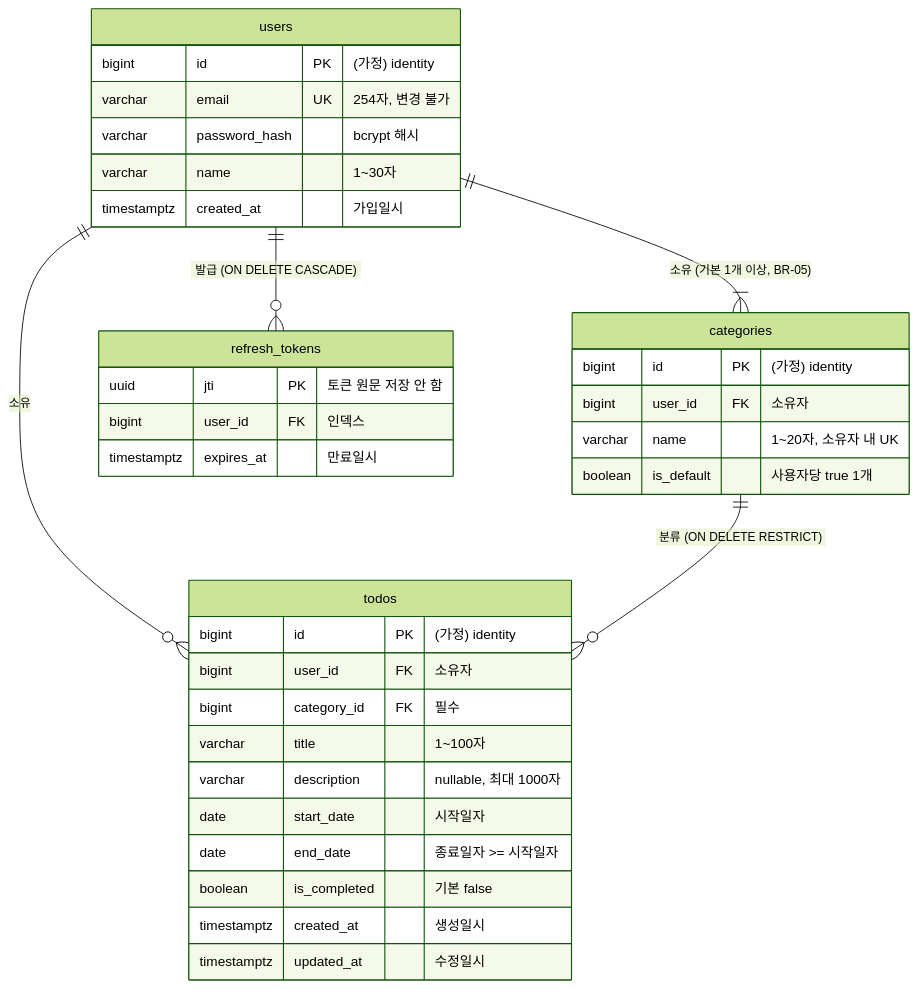
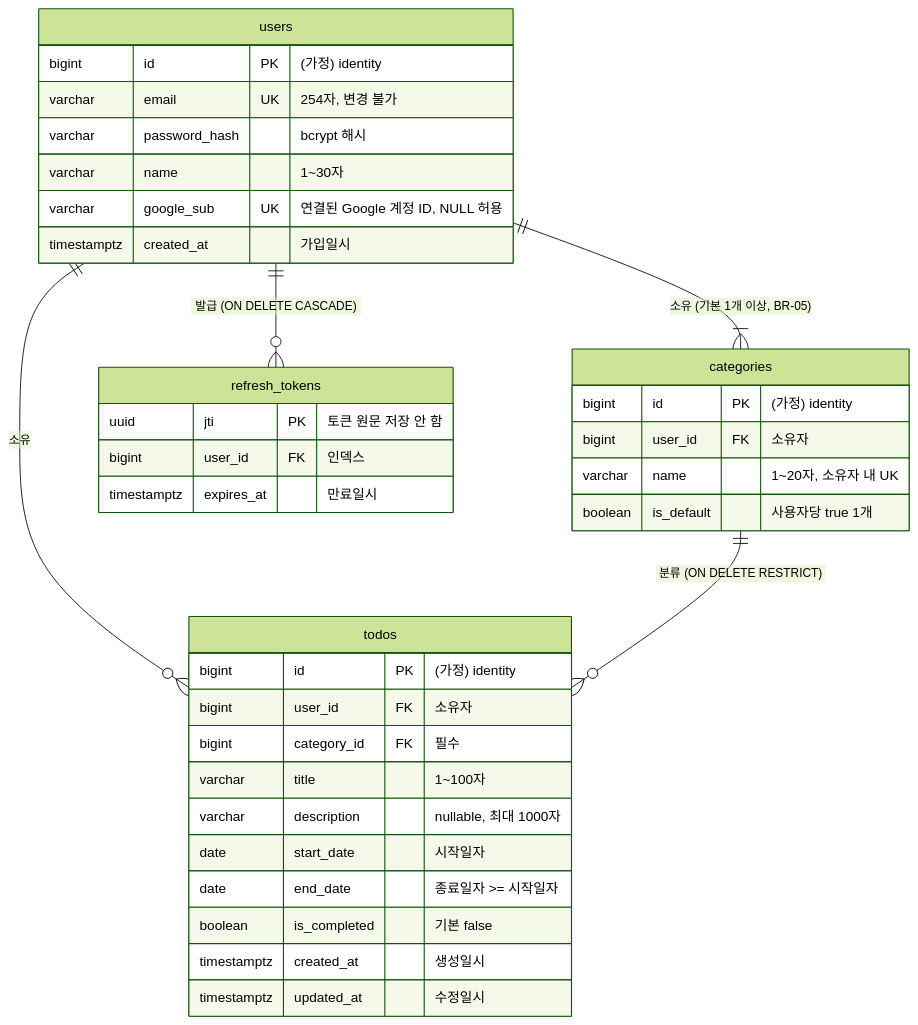
The diagram in docs/7-erd.md (seungju18/team-caltalk), drawn with Mermaid (forest theme) before and after one commit. The commit also changed other lines of this file and 84 other files, not shown here.

````diff
--- a/docs/7-erd.md
+++ b/docs/7-erd.md
@@ -21,41 +22,42 @@
 ```mermaid
 erDiagram
     users ||--|{ categories : "소유 (기본 1개 이상, BR-05)"
     users ||--o{ todos : "소유"
     categories ||--o{ todos : "분류 (ON DELETE RESTRICT)"
     users ||--o{ refresh_tokens : "발급 (ON DELETE CASCADE)"
 
     users {
         bigint id PK "(가정) identity"
         varchar email UK "254자, 변경 불가"
         varchar password_hash "bcrypt 해시"
         varchar name "1~30자"
+        varchar google_sub UK "연결된 Google 계정 ID, NULL 허용"
         timestamptz created_at "가입일시"
     }
 
     categories {
         bigint id PK "(가정) identity"
         bigint user_id FK "소유자"
         varchar name "1~20자, 소유자 내 UK"
         boolean is_default "사용자당 true 1개"
     }
 
     todos {
         bigint id PK "(가정) identity"
         bigint user_id FK "소유자"
         bigint category_id FK "필수"
         varchar title "1~100자"
         varchar description "nullable, 최대 1000자"
         date start_date "시작일자"
         date end_date "종료일자 >= 시작일자"
         boolean is_completed "기본 false"
         timestamptz created_at "생성일시"
         timestamptz updated_at "수정일시"
     }
 
     refresh_tokens {
         uuid jti PK "토큰 원문 저장 안 함"
         bigint user_id FK "인덱스"
         timestamptz expires_at "만료일시"
     }
 ```
````
